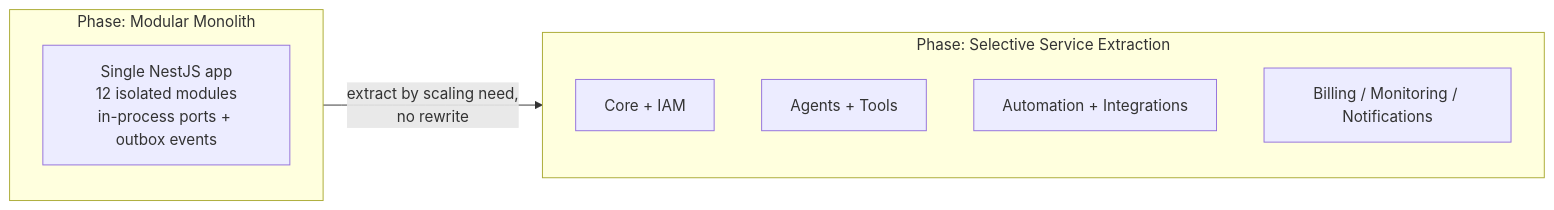
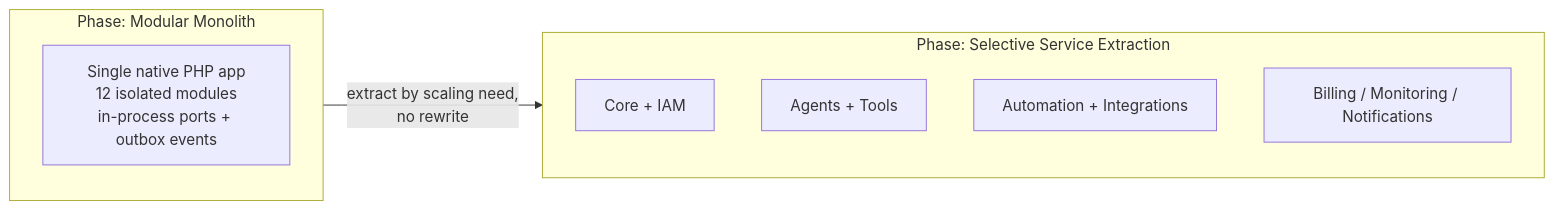
One commit to ammarnabileg/crm changed the third of 4 diagrams in docs/01-System-Overview.md. Above: the diagram before and after it, drawn with Mermaid. The commit also changed other lines of this file and 18 other files, not shown here.

First line of the commit message:
docs: switch backend stack to native PHP (PSR) per owner decision

````diff
--- a/docs/01-System-Overview.md
+++ b/docs/01-System-Overview.md
@@ -122,13 +122,13 @@
 ```mermaid
 flowchart LR
     subgraph Now["Phase: Modular Monolith"]
-      M["Single NestJS app\n12 isolated modules\nin-process ports + outbox events"]
+      M["Single native PHP app\n12 isolated modules\nin-process ports + outbox events"]
     end
     subgraph Later["Phase: Selective Service Extraction"]
       S1["Core + IAM"]
       S2["Agents + Tools"]
       S3["Automation + Integrations"]
       S4["Billing / Monitoring / Notifications"]
     end
     Now -->|extract by scaling need,\nno rewrite| Later
 ```
````
